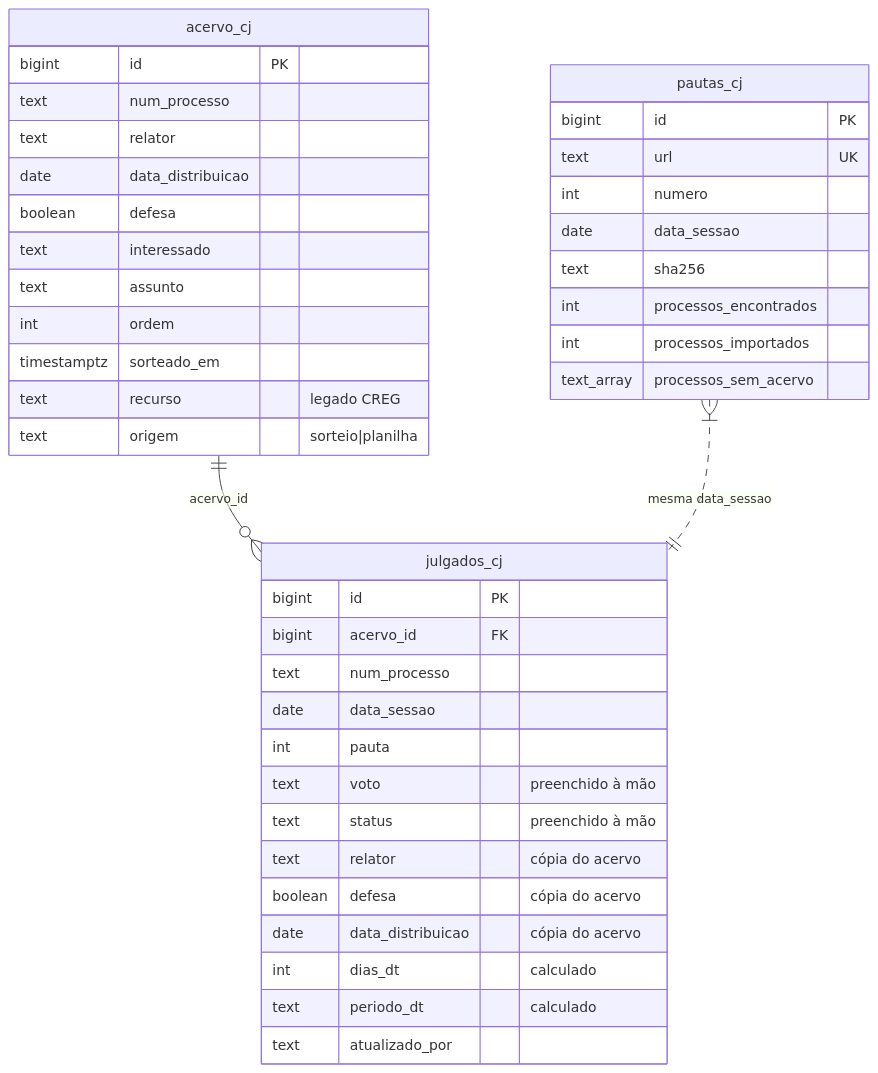
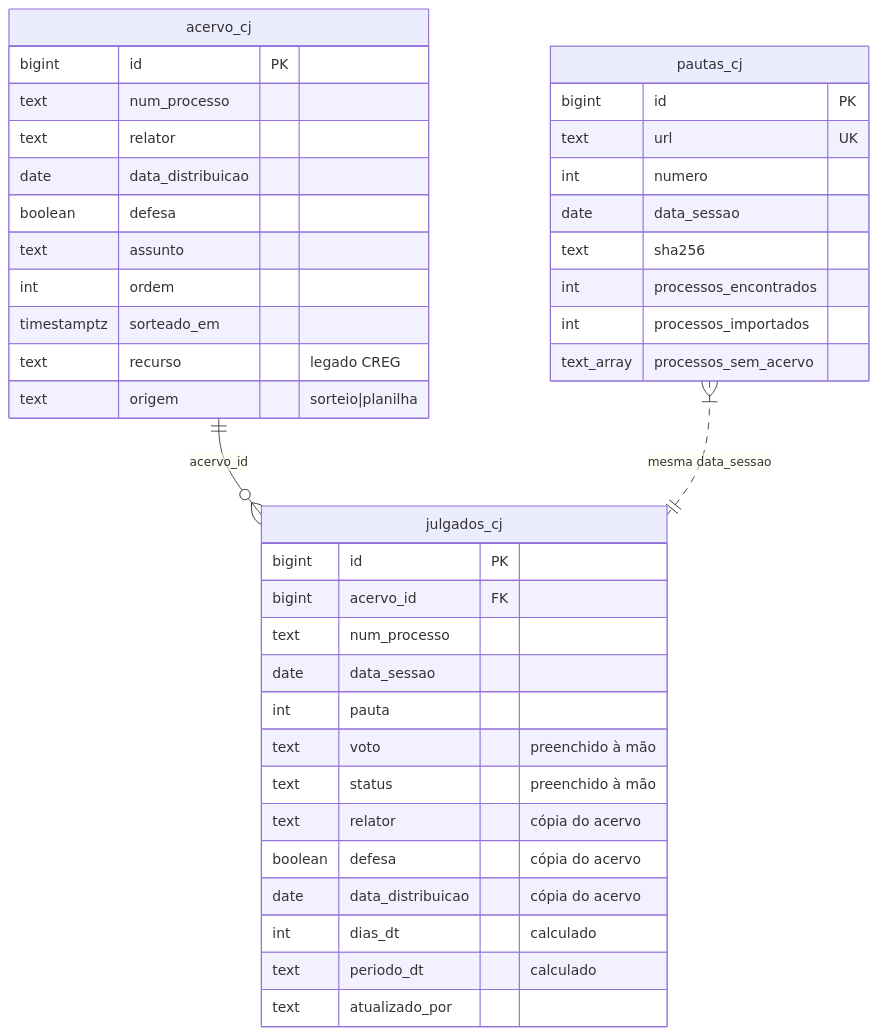
Before and after one commit to thelustosa/sorteio-sei: the fifth of 5 diagrams in FLUXO-CJ.md, drawn with Mermaid. The commit also changed other lines of this file and 10 other files, not shown here.

````diff
--- a/FLUXO-CJ.md
+++ b/FLUXO-CJ.md
@@ -486,44 +485,43 @@
 ```mermaid
 erDiagram
     acervo_cj ||--o{ julgados_cj : "acervo_id"
     pautas_cj }|..|| julgados_cj : "mesma data_sessao"
 
     acervo_cj {
         bigint id PK
         text num_processo
         text relator
         date data_distribuicao
         boolean defesa
-        text interessado
         text assunto
         int ordem
         timestamptz sorteado_em
         text recurso "legado CREG"
         text origem "sorteio|planilha"
     }
     julgados_cj {
         bigint id PK
         bigint acervo_id FK
         text num_processo
         date data_sessao
         int pauta
         text voto "preenchido à mão"
         text status "preenchido à mão"
         text relator "cópia do acervo"
         boolean defesa "cópia do acervo"
         date data_distribuicao "cópia do acervo"
         int dias_dt "calculado"
         text periodo_dt "calculado"
         text atualizado_por
     }
     pautas_cj {
         bigint id PK
         text url UK
         int numero
         date data_sessao
         text sha256
         int processos_encontrados
         int processos_importados
         text_array processos_sem_acervo
     }
 ```
````
